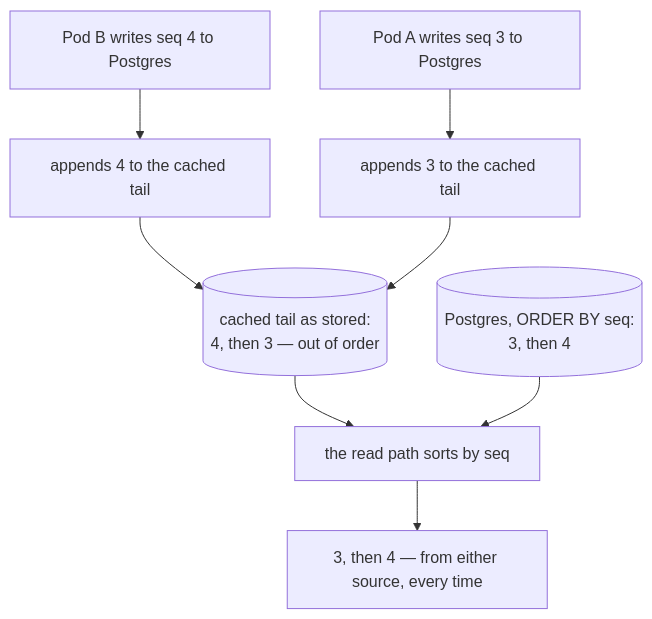
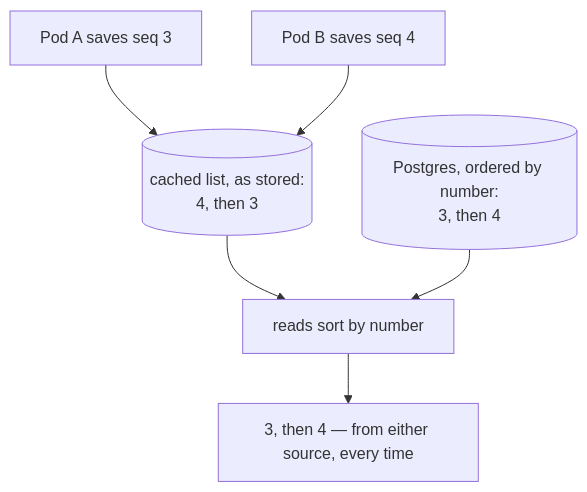
Before and after one commit to selvakumarperumal/Corporate_Filing_Analyzer_Agent: diagram 14 of 15 in docs/TESTING-SCALING.md, drawn with Mermaid. The commit also changed other lines of this file, not shown here.

Commit message:
docs: streamline scaling test guide with plain-language summaries, settings tables, and clear architectural diagrams

````diff
--- a/docs/TESTING-SCALING.md
+++ b/docs/TESTING-SCALING.md
@@ -910,10 +1087,8 @@
 ```mermaid
 flowchart TB
-  A["Pod A writes seq 3 to Postgres"] --> RA["appends 3 to the cached tail"]
-  B["Pod B writes seq 4 to Postgres"] --> RB["appends 4 to the cached tail"]
-  RB --> L[("cached tail as stored:<br/>4, then 3 — out of order")]
-  RA --> L
-  L --> S["the read path sorts by seq"]
-  PGDB[("Postgres, ORDER BY seq:<br/>3, then 4")] --> S
+  A["Pod A saves seq 3"] --> L[("cached list, as stored:<br/>4, then 3")]
+  B["Pod B saves seq 4"] --> L
+  L --> S["reads sort by number"]
+  PG[("Postgres, ordered by number:<br/>3, then 4")] --> S
   S --> O["3, then 4 — from either source, every time"]
 ```
````
